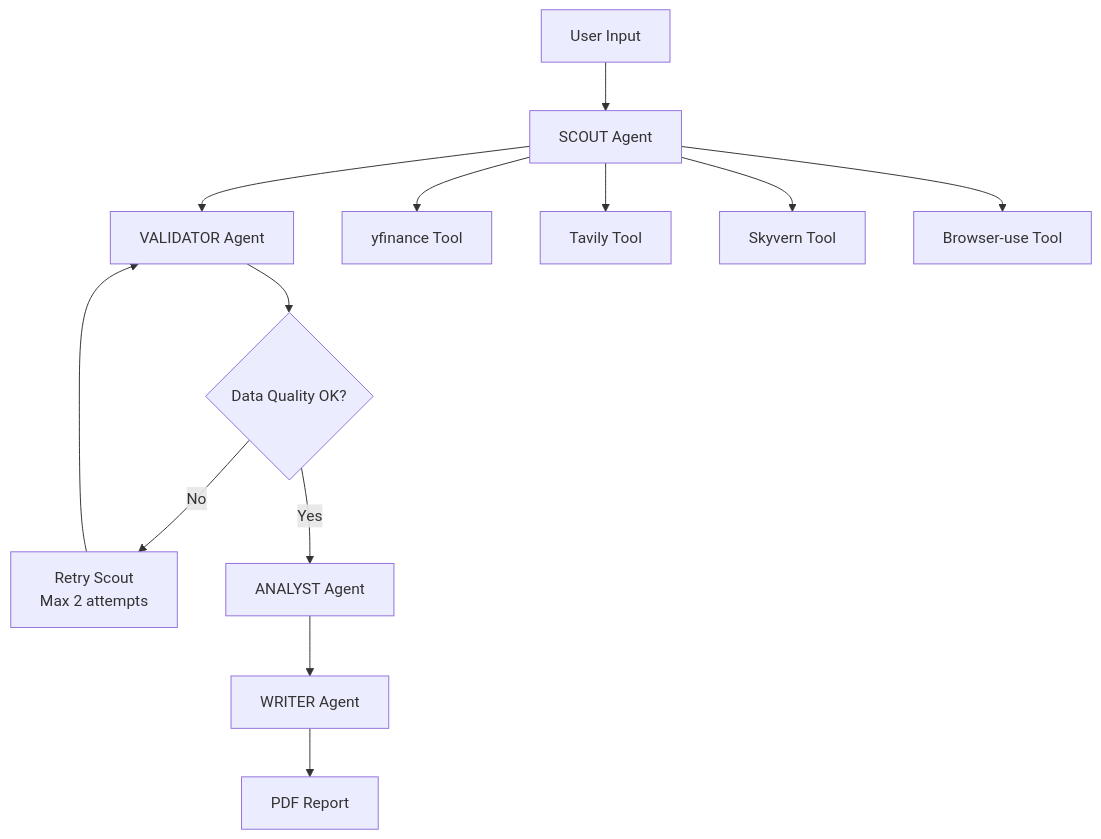
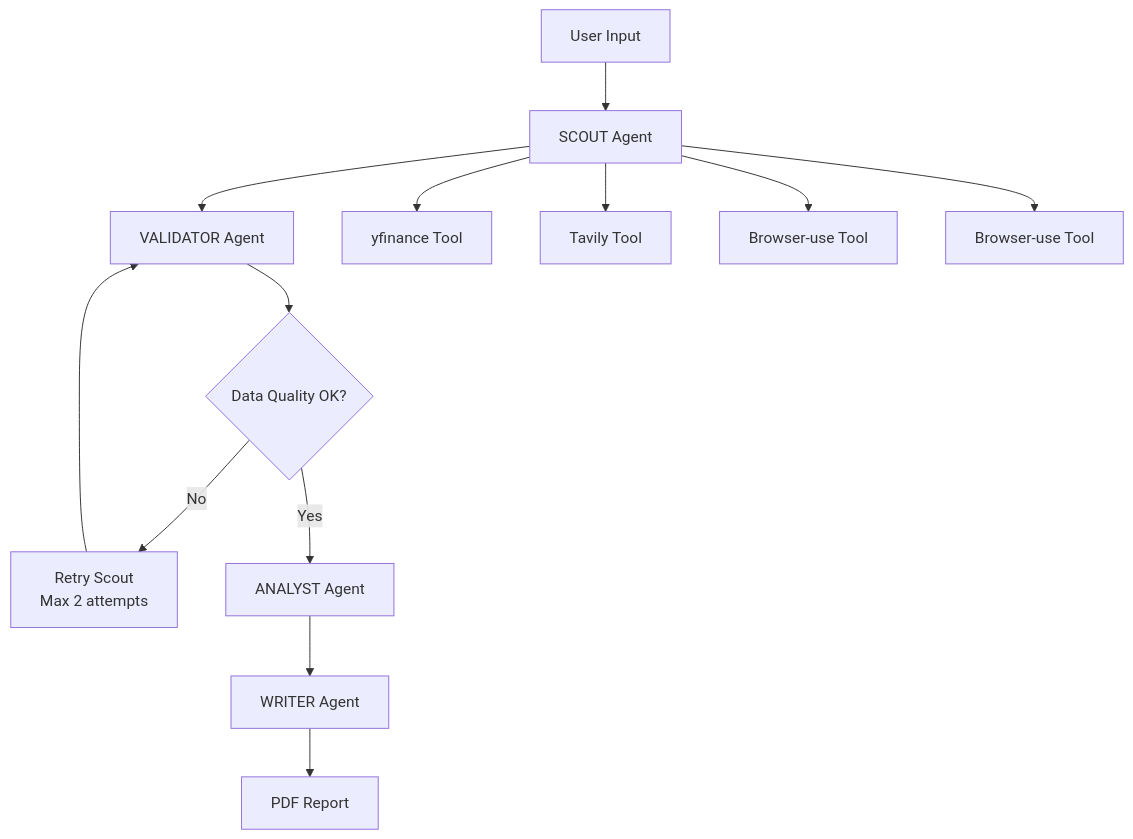
The diagram in readme.md (Gaurav23p24/honeywell-aerospace-competitive-intel), drawn with Mermaid before and after one commit. The commit also changed other lines of this file, not shown here.

````diff
--- a/readme.md
+++ b/readme.md
@@ -20,16 +20,16 @@
 ```mermaid
 graph TD
     A[User Input] --> B[SCOUT Agent]
     B --> C[VALIDATOR Agent]
     C --> D{Data Quality OK?}
     D -->|No| E[Retry Scout<br/>Max 2 attempts]
     E --> C
     D -->|Yes| F[ANALYST Agent]
     F --> G[WRITER Agent]
     G --> H[PDF Report]
     
     B --> I[yfinance Tool]
     B --> J[Tavily Tool]
-    B --> K[Skyvern Tool]
+    B --> K[Browser-use Tool]
     B --> L[Browser-use Tool]
 ```
````
